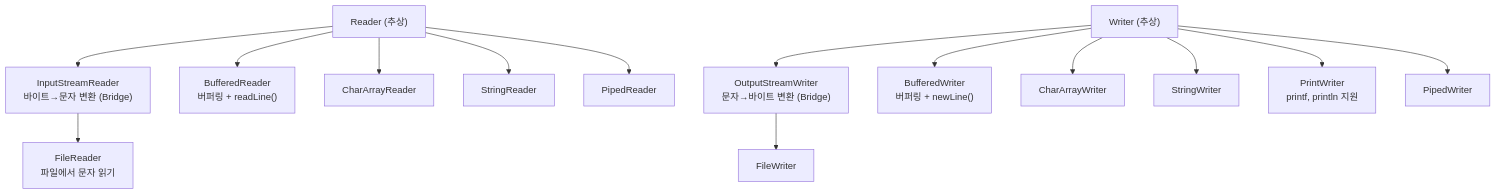
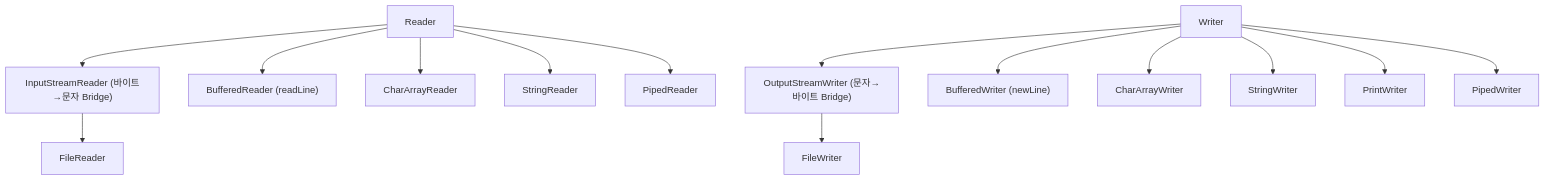
The fourth of 11 diagrams in _posts/java/2026-05-01-java-io.md (yjkim2015/yjkim2015.github.io), drawn with Mermaid before and after one commit. The commit also changed other lines of this file and 215 other files, not shown here.

First line of the commit message:
신규 포스트 10개 추가 + Mermaid 전면 축소 + SystemDesign 시리즈 보강

````diff
--- a/_posts/java/2026-05-01-java-io.md
+++ b/_posts/java/2026-05-01-java-io.md
@@ -105,34 +62,9 @@
 ```mermaid
 graph TD
-    RD["Reader (추상)"]
-    ISR["InputStreamReader<br>바이트→문자 변환 (Bridge)"]
-    FR["FileReader<br>파일에서 문자 읽기"]
-    BR["BufferedReader<br>버퍼링 + readLine()"]
-    CAR["CharArrayReader"]
-    SR["StringReader"]
-    PR["PipedReader"]
-
-    RD --> ISR
-    ISR --> FR
-    RD --> BR
-    RD --> CAR
-    RD --> SR
-    RD --> PR
-
-    WR["Writer (추상)"]
-    OSW["OutputStreamWriter<br>문자→바이트 변환 (Bridge)"]
-    FW["FileWriter"]
-    BW["BufferedWriter<br>버퍼링 + newLine()"]
-    CAW["CharArrayWriter"]
-    SW["StringWriter"]
-    PW["PrintWriter<br>printf, println 지원"]
-    PIW["PipedWriter"]
-
-    WR --> OSW
-    OSW --> FW
-    WR --> BW
-    WR --> CAW
-    WR --> SW
-    WR --> PW
-    WR --> PIW
+    RD["Reader"] --> ISR["InputStreamReader (바이트→문자 Bridge)"]
+    ISR --> FR["FileReader"]
+    RD --> BR["BufferedReader (readLine)"] & CAR["CharArrayReader"] & SR["StringReader"] & PR["PipedReader"]
+    WR["Writer"] --> OSW["OutputStreamWriter (문자→바이트 Bridge)"]
+    OSW --> FW["FileWriter"]
+    WR --> BW["BufferedWriter (newLine)"] & CAW["CharArrayWriter"] & SW["StringWriter"] & PW["PrintWriter"] & PIW["PipedWriter"]
 ```
````
